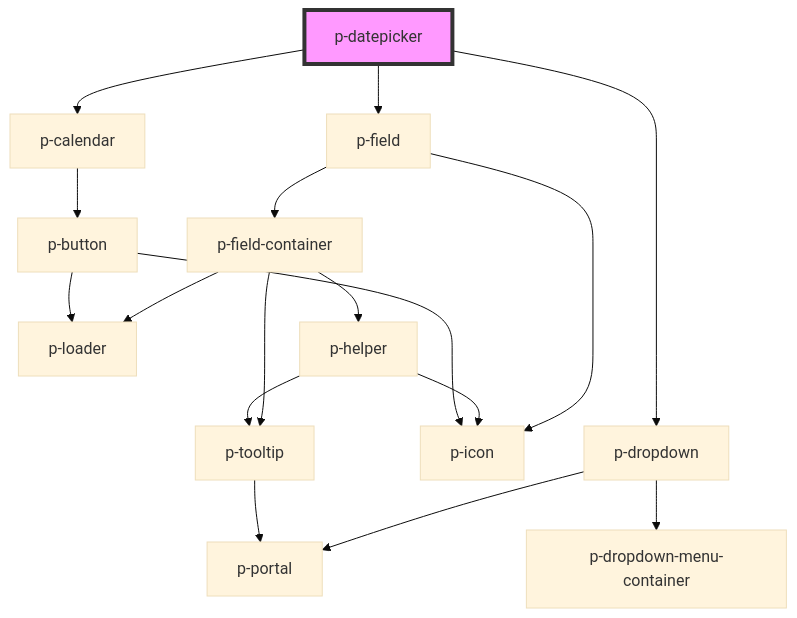
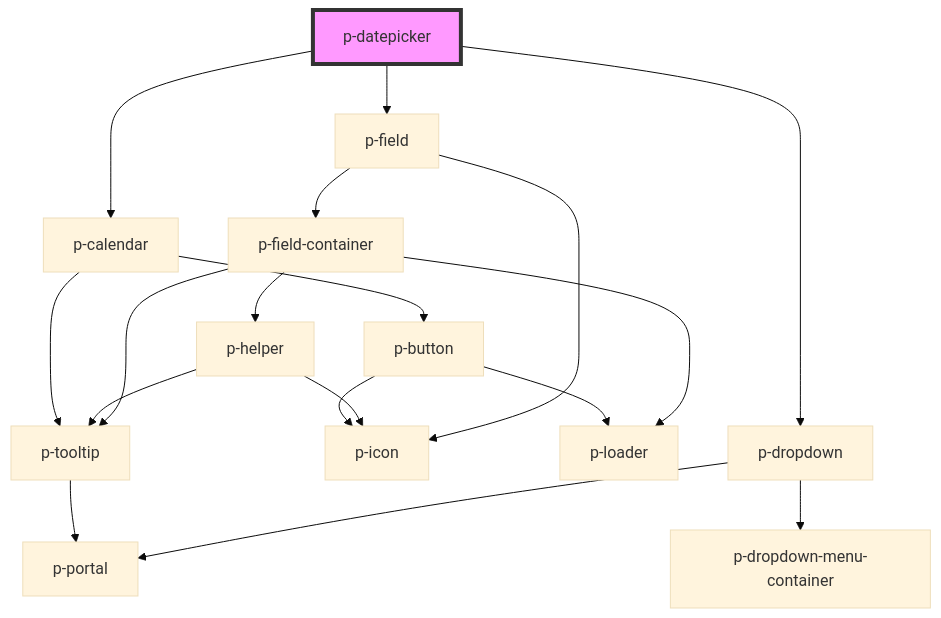
Before and after one commit to Employes/Paperless: the diagram in packages/core/src/components/molecules/datepicker/readme.md, drawn with Mermaid (base theme). The commit also changed other lines of this file and 7 other files, not shown here.

````diff
--- a/packages/core/src/components/molecules/datepicker/readme.md
+++ b/packages/core/src/components/molecules/datepicker/readme.md
@@ -52,20 +54,21 @@
 ```mermaid
 graph TD;
   p-datepicker --> p-dropdown
   p-datepicker --> p-field
   p-datepicker --> p-calendar
   p-dropdown --> p-portal
   p-dropdown --> p-dropdown-menu-container
   p-field --> p-field-container
   p-field --> p-icon
   p-field-container --> p-loader
   p-field-container --> p-helper
   p-field-container --> p-tooltip
   p-helper --> p-tooltip
   p-helper --> p-icon
   p-tooltip --> p-portal
   p-calendar --> p-button
+  p-calendar --> p-tooltip
   p-button --> p-icon
   p-button --> p-loader
   style p-datepicker fill:#f9f,stroke:#333,stroke-width:4px
 ```
````
